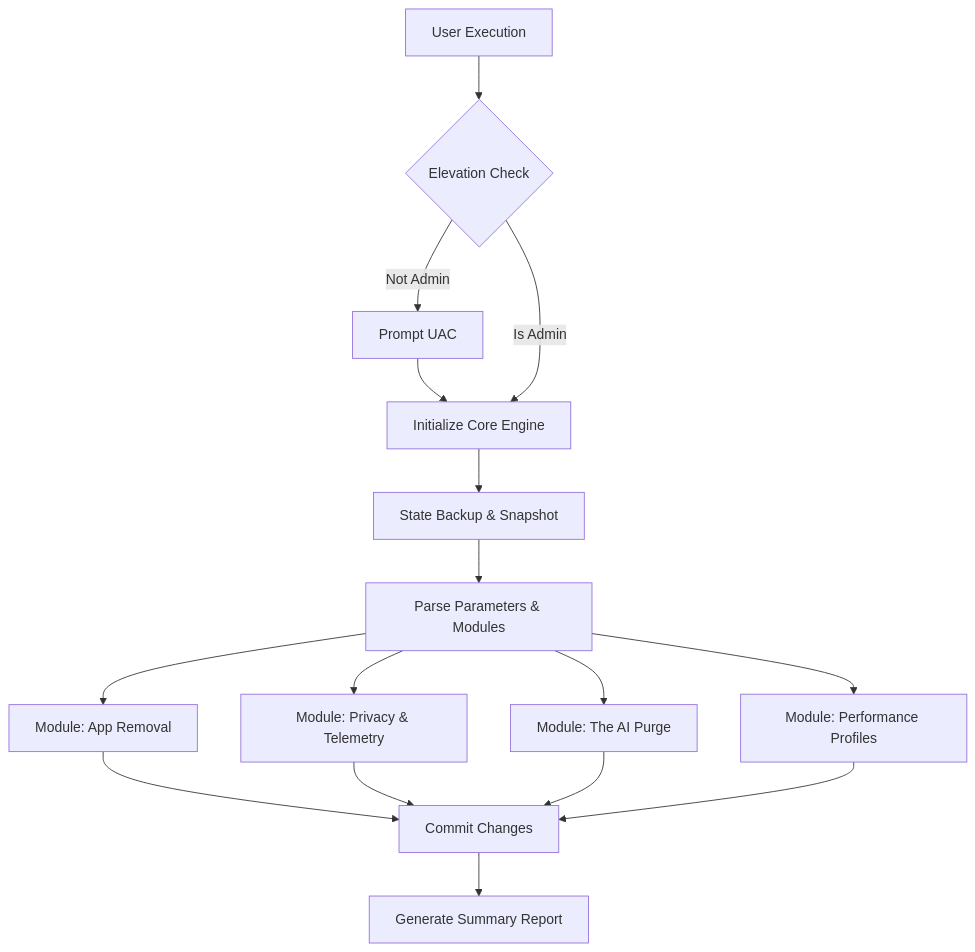
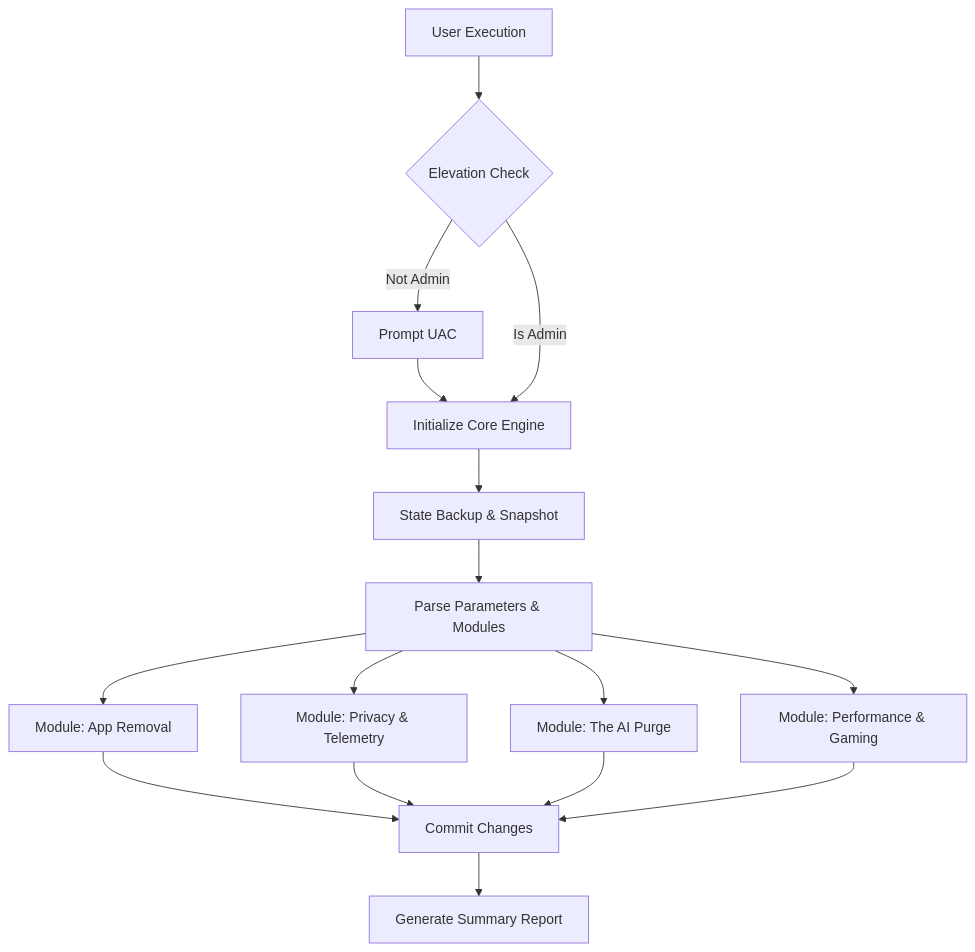
The diagram in README.md (BiosSystem/WinSwift), drawn with Mermaid before and after one commit. The commit also changed other lines of this file, not shown here.

Commit message:
Add dedicated competitive gaming and low-latency section to README

````diff
--- a/README.md
+++ b/README.md
@@ -28,18 +62,18 @@
 ```mermaid
 flowchart TD
     A[User Execution] --> B{Elevation Check}
     B -- Not Admin --> C[Prompt UAC]
     C --> D
     B -- Is Admin --> D[Initialize Core Engine]
     
     D --> E[State Backup & Snapshot]
     E --> F[Parse Parameters & Modules]
     
     F --> G[Module: App Removal]
     F --> H[Module: Privacy & Telemetry]
     F --> I[Module: The AI Purge]
-    F --> J[Module: Performance Profiles]
+    F --> J[Module: Performance & Gaming]
     
     G & H & I & J --> K[Commit Changes]
     K --> L[Generate Summary Report]
 ```
````
